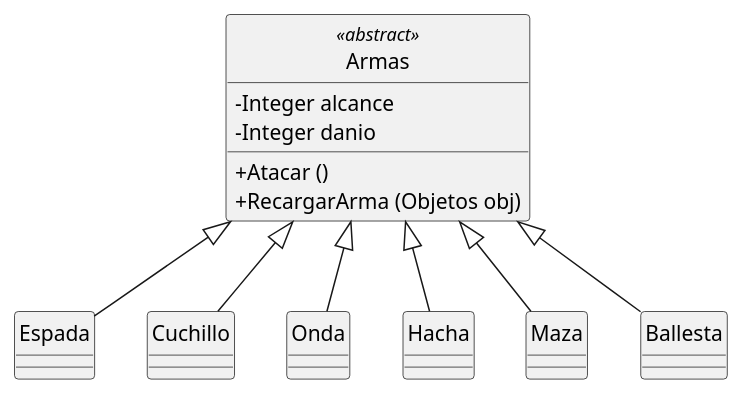
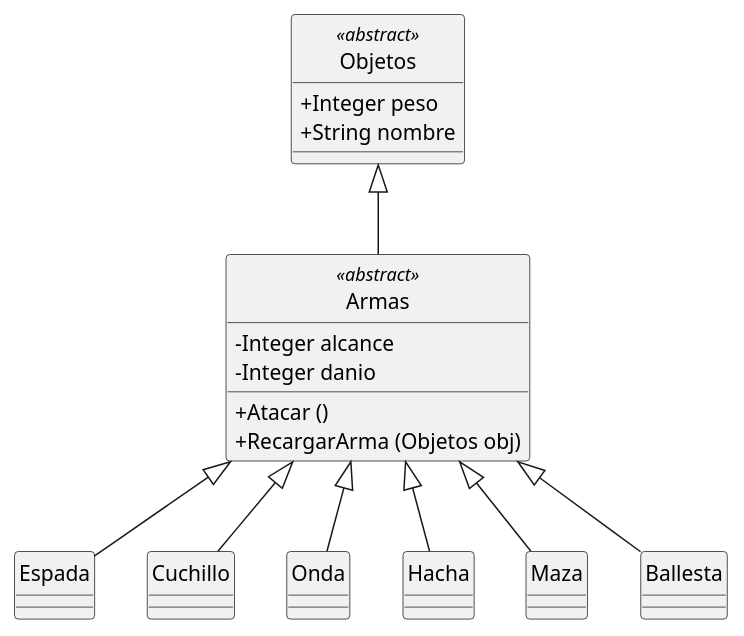
One commit to meschoyez/Heroe111mil changed the diagram in src/Heroe/Armas.puml. Above: the diagram before and after it, drawn with PlantUML. The commit also changed 1 other file, not shown here.

Commit message:
UML agregada Superclase Objetos

```diff
--- a/src/Heroe/Armas.puml
+++ b/src/Heroe/Armas.puml
@@ -1,38 +1,44 @@
 @startuml Armas
 
 skinparam ClassAttributeIconSize 0
 hide circle
 
 class Armas <<abstract>> {
     - Integer alcance
     - Integer danio
     + Atacar ()
     + RecargarArma (Objetos obj)
 }
 
 class Espada {
 }
 
 class Cuchillo {
 }
 
 class Onda {
 }
 
 class Hacha {
 }
 
 class Maza {
 }
 
 class Ballesta {
 }
 
+class Objetos <<abstract>> {
+    + Integer peso
+    + String nombre
+}
+
+Objetos <|-- Armas
 Armas <|-- Espada
 Armas <|-- Cuchillo
 Armas <|-- Maza
 Armas <|-- Ballesta
 Armas <|-- Onda
 Armas <|-- Hacha
 
 @enduml
```
